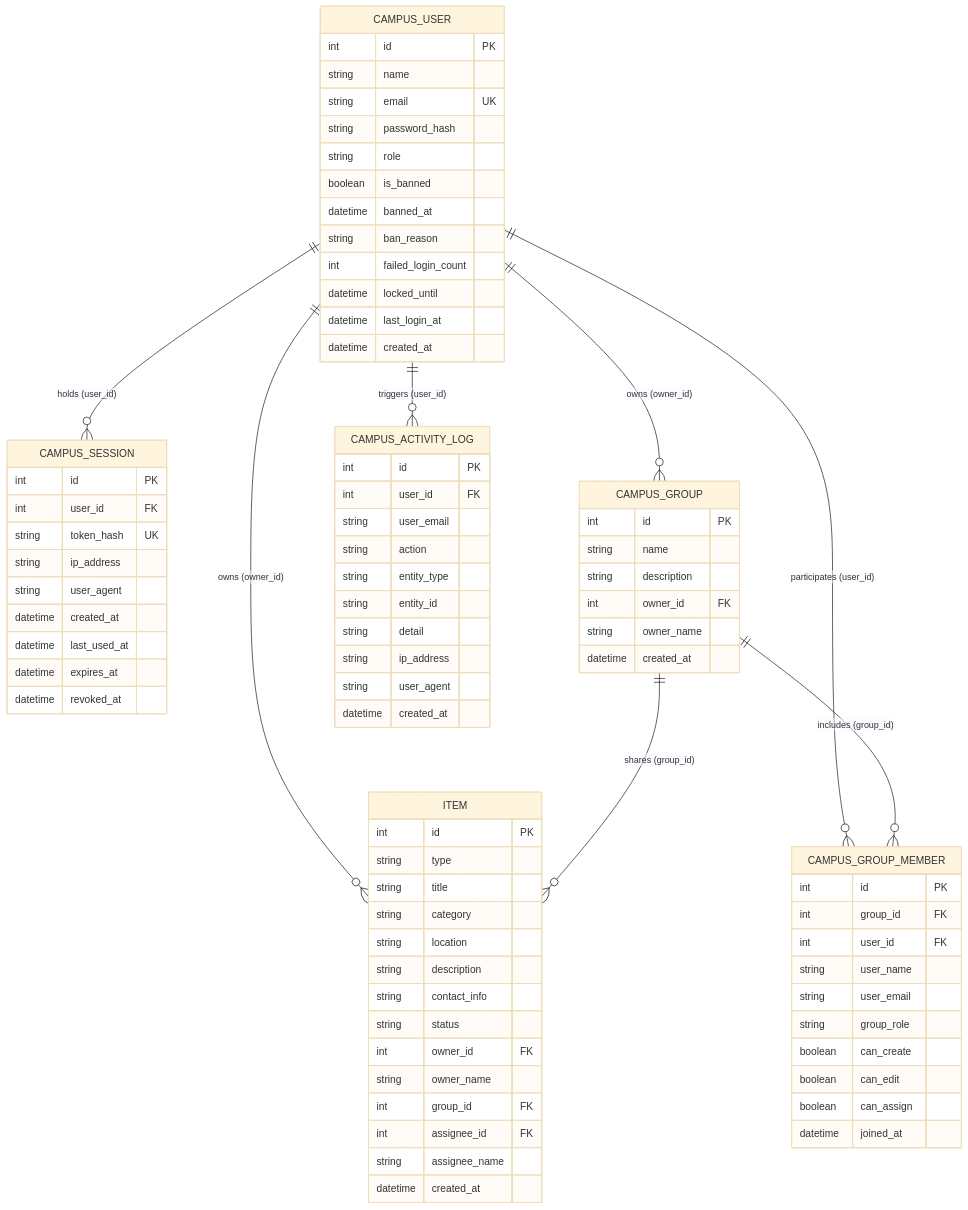
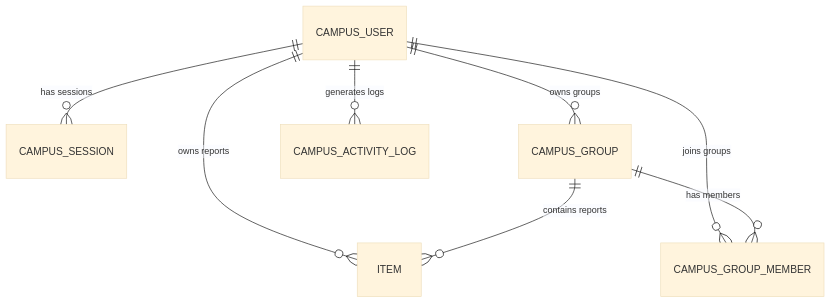
One commit to Ishmam2001/saaa changed the third of 7 diagrams in docs/FINAL_REPORT.md. Above: the diagram before and after it, drawn with Mermaid (base theme). The commit also changed other lines of this file, not shown here.

````diff
--- a/docs/FINAL_REPORT.md
+++ b/docs/FINAL_REPORT.md
@@ -495,84 +408,10 @@
 ```mermaid
 erDiagram
-    CAMPUS_USER ||--o{ ITEM : "owns (owner_id)"
-    CAMPUS_USER ||--o{ CAMPUS_SESSION : "holds (user_id)"
-    CAMPUS_USER ||--o{ CAMPUS_GROUP : "owns (owner_id)"
-    CAMPUS_USER ||--o{ CAMPUS_GROUP_MEMBER : "participates (user_id)"
-    CAMPUS_GROUP ||--o{ CAMPUS_GROUP_MEMBER : "includes (group_id)"
-    CAMPUS_GROUP ||--o{ ITEM : "shares (group_id)"
-    CAMPUS_USER ||--o{ CAMPUS_ACTIVITY_LOG : "triggers (user_id)"
-
-    CAMPUS_USER {
-        int id PK
-        string name
-        string email UK
-        string password_hash
-        string role
-        boolean is_banned
-        datetime banned_at
-        string ban_reason
-        int failed_login_count
-        datetime locked_until
-        datetime last_login_at
-        datetime created_at
-    }
-    CAMPUS_SESSION {
-        int id PK
-        int user_id FK
-        string token_hash UK
-        string ip_address
-        string user_agent
-        datetime created_at
-        datetime last_used_at
-        datetime expires_at
-        datetime revoked_at
-    }
-    CAMPUS_GROUP {
-        int id PK
-        string name
-        string description
-        int owner_id FK
-        string owner_name
-        datetime created_at
-    }
-    CAMPUS_GROUP_MEMBER {
-        int id PK
-        int group_id FK
-        int user_id FK
-        string user_name
-        string user_email
-        string group_role
-        boolean can_create
-        boolean can_edit
-        boolean can_assign
-        datetime joined_at
-    }
-    ITEM {
-        int id PK
-        string type
-        string title
-        string category
-        string location
-        string description
-        string contact_info
-        string status
-        int owner_id FK
-        string owner_name
-        int group_id FK
-        int assignee_id FK
-        string assignee_name
-        datetime created_at
-    }
-    CAMPUS_ACTIVITY_LOG {
-        int id PK
-        int user_id FK
-        string user_email
-        string action
-        string entity_type
-        string entity_id
-        string detail
-        string ip_address
-        string user_agent
-        datetime created_at
-    }
+    CAMPUS_USER ||--o{ CAMPUS_SESSION : "has sessions"
+    CAMPUS_USER ||--o{ ITEM : "owns reports"
+    CAMPUS_USER ||--o{ CAMPUS_GROUP : "owns groups"
+    CAMPUS_USER ||--o{ CAMPUS_GROUP_MEMBER : "joins groups"
+    CAMPUS_GROUP ||--o{ CAMPUS_GROUP_MEMBER : "has members"
+    CAMPUS_GROUP ||--o{ ITEM : "contains reports"
+    CAMPUS_USER ||--o{ CAMPUS_ACTIVITY_LOG : "generates logs"
 ```
````
